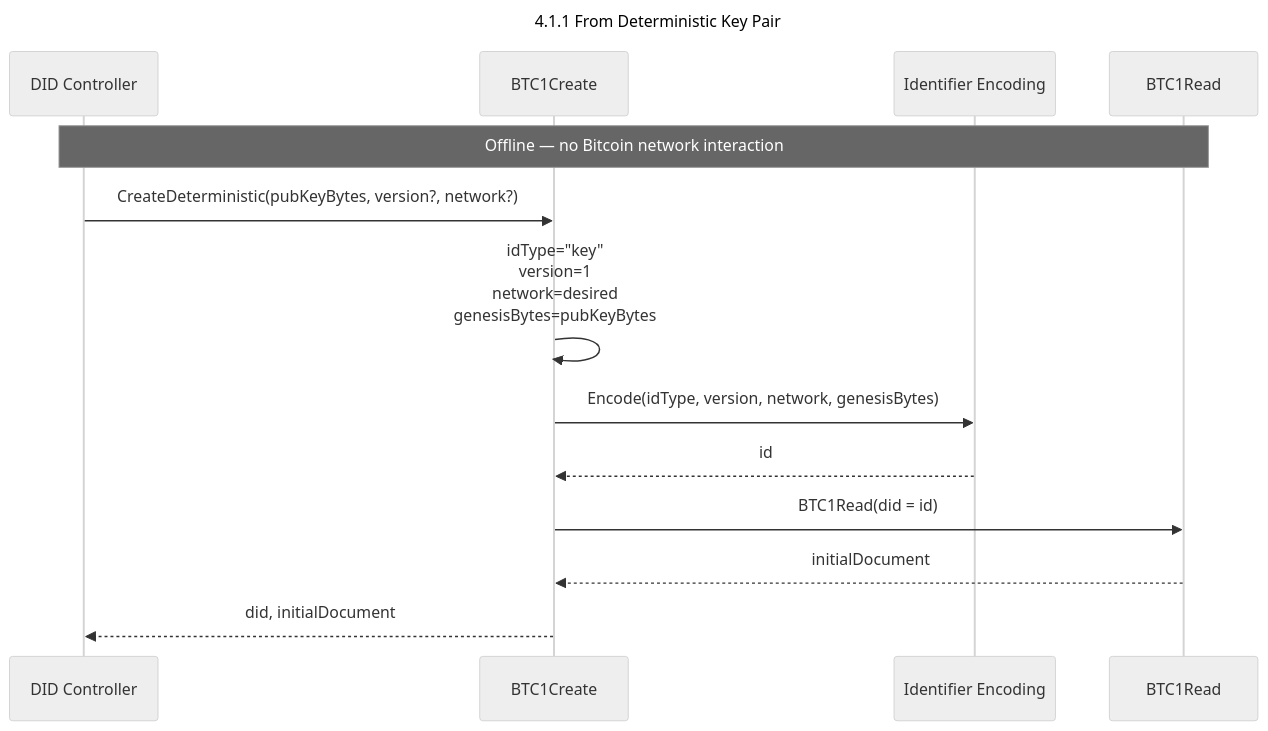
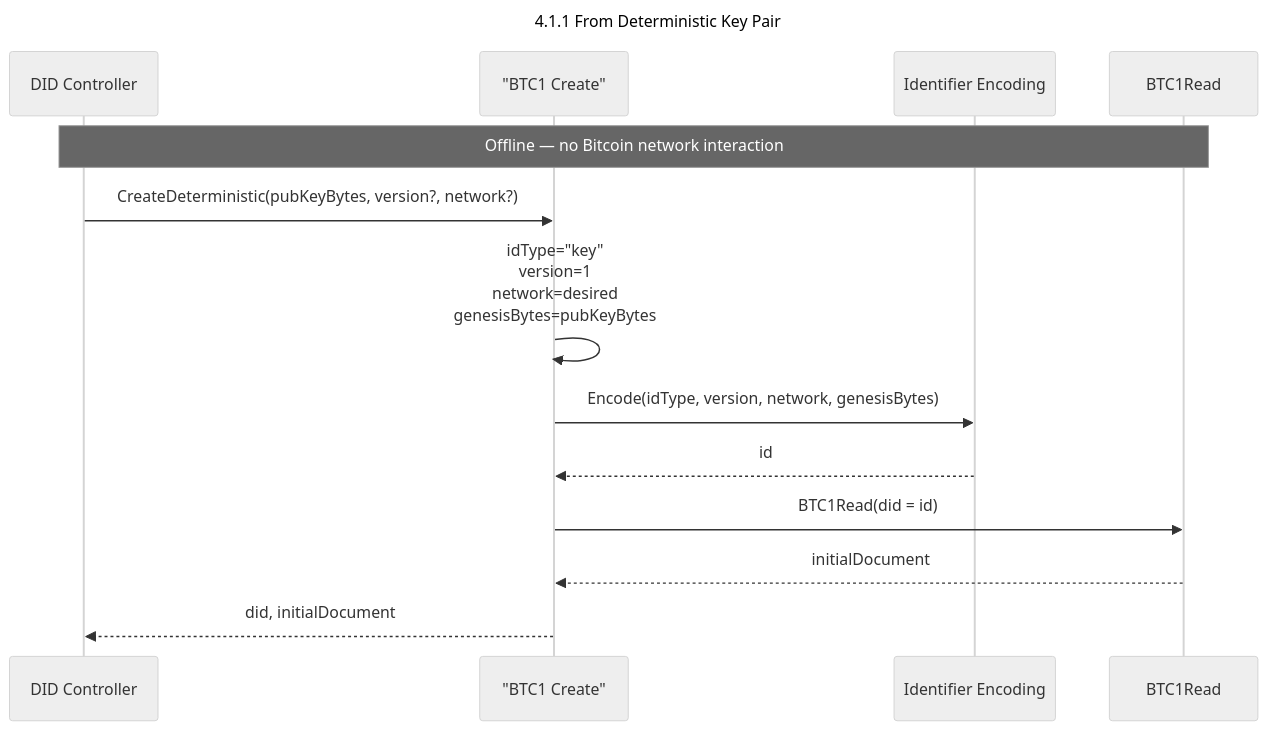
The second of 3 diagrams in docs/diagrams.md (jintekc/website-btcr2-dev), drawn with Mermaid (neutral theme) before and after one commit. The commit also changed other lines of this file and 6 other files, not shown here.

Commit message:
Adding mermaid diagrams: architecture, create, resolve

````diff
--- a/docs/diagrams.md
+++ b/docs/diagrams.md
@@ -62,18 +62,18 @@
 ```mermaid
 sequenceDiagram
     title 4.1.1 From Deterministic Key Pair
     participant Controller as DID Controller
-    participant BTC1Create
+    participant BTC1Create as "BTC1 Create"
     participant Encode as Identifier Encoding
     participant BTC1Read
 
     note over Controller, BTC1Read: Offline — no Bitcoin network interaction
 
     Controller->>BTC1Create: CreateDeterministic(pubKeyBytes, version?, network?)
     BTC1Create->>BTC1Create: idType="key"<br/>version=1<br/>network=desired<br/>genesisBytes=pubKeyBytes
     BTC1Create->>Encode: Encode(idType, version, network, genesisBytes)
     Encode-->>BTC1Create: id
     BTC1Create->>BTC1Read: BTC1Read(did = id)
     BTC1Read-->>BTC1Create: initialDocument
     BTC1Create-->>Controller: did, initialDocument
 ```
````
